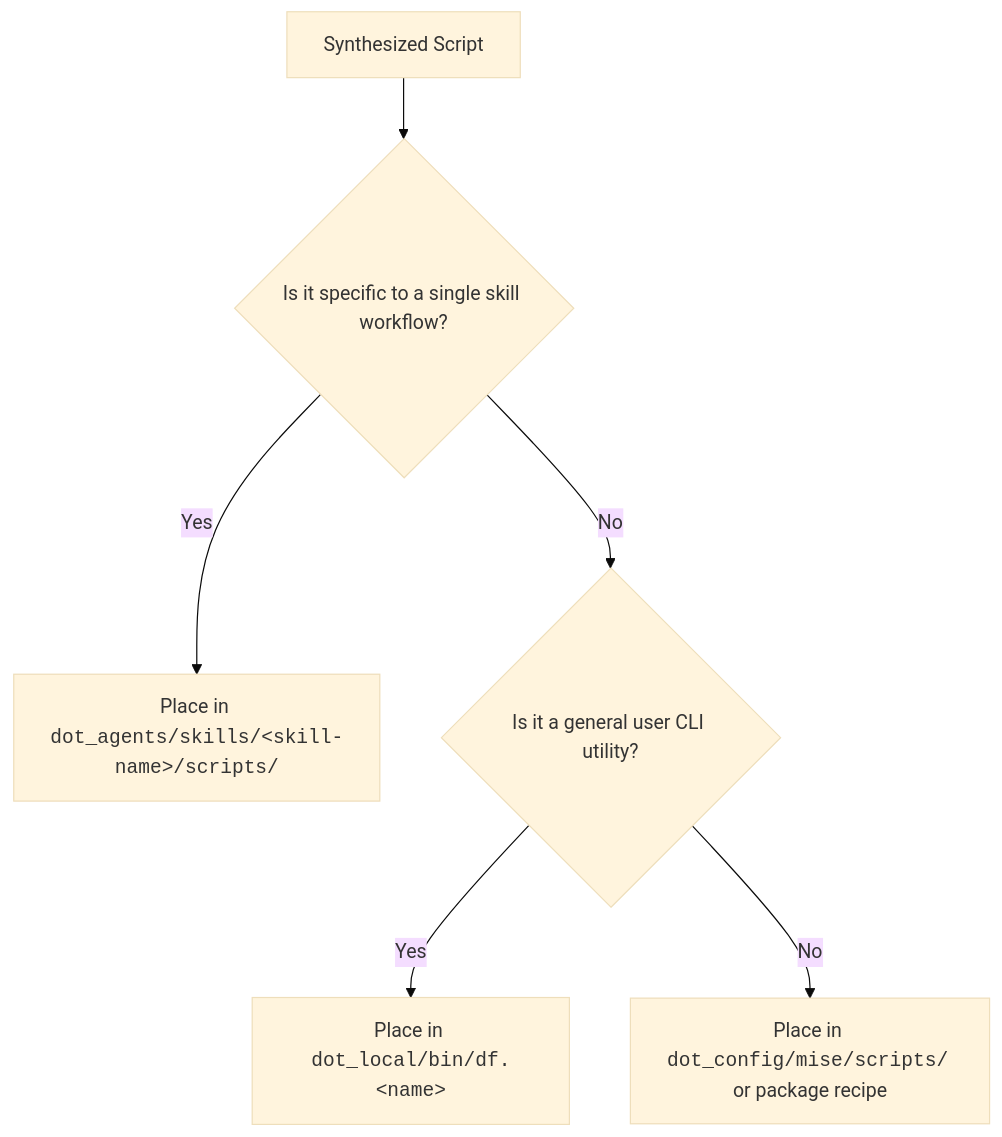
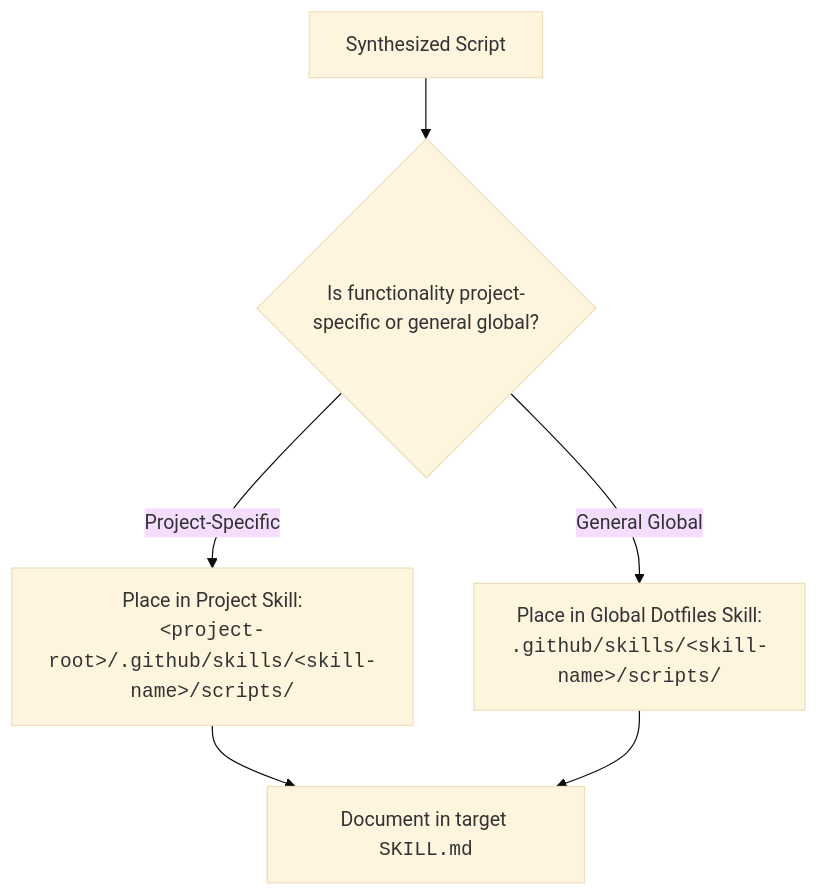
One commit to warpcode/dotfiles changed the second of 2 diagrams in .github/skills/ai-conversation-review/references/script-consolidation-guide.md. Above: the diagram before and after it, drawn with Mermaid (base theme). The commit also changed other lines of this file and 3 other files, not shown here.

````diff
--- a/.github/skills/ai-conversation-review/references/script-consolidation-guide.md
+++ b/.github/skills/ai-conversation-review/references/script-consolidation-guide.md
@@ -57,8 +76,8 @@
 ```mermaid
 flowchart TD
-    A["Synthesized Script"] --> B{"Is it specific to a single skill workflow?"}
-    B -- "Yes" --> C["Place in <code>dot_agents/skills/&lt;skill-name&gt;/scripts/</code>"]
-    B -- "No" --> D{"Is it a general user CLI utility?"}
-    D -- "Yes" --> E["Place in <code>dot_local/bin/df.&lt;name&gt;</code>"]
-    D -- "No" --> F["Place in <code>dot_config/mise/scripts/</code> or package recipe"]
+    A["Synthesized Script"] --> B{"Is functionality project-specific or general global?"}
+    B -- "Project-Specific" --> C["Place in Project Skill:<br/><code>&lt;project-root&gt;/.github/skills/&lt;skill-name&gt;/scripts/</code>"]
+    B -- "General Global" --> D["Place in Global Dotfiles Skill:<br/><code>.github/skills/&lt;skill-name&gt;/scripts/</code>"]
+    C --> E["Document in target <code>SKILL.md</code>"]
+    D --> E
 ```
````
